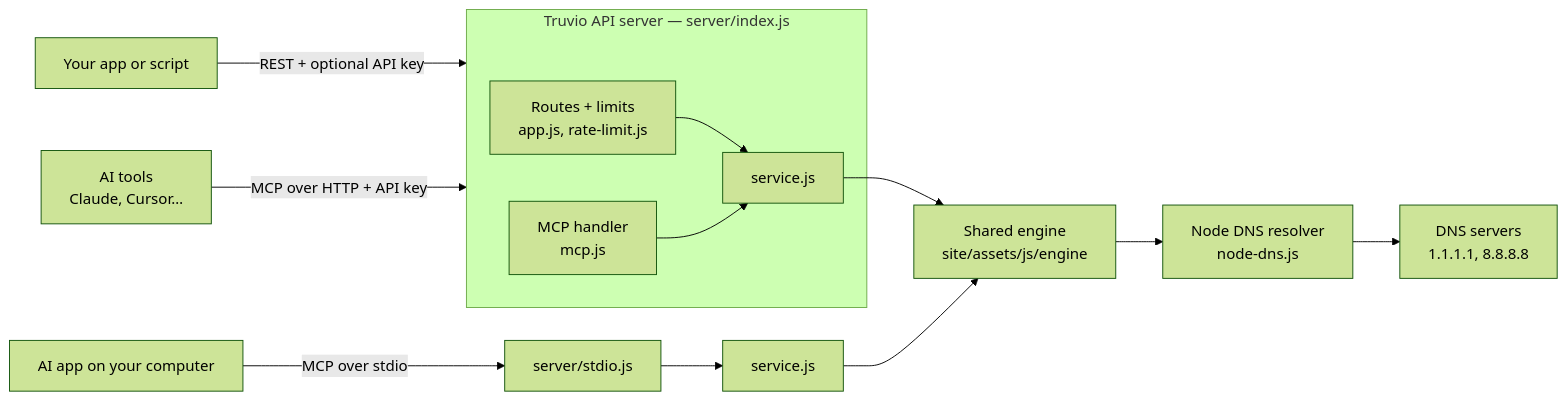
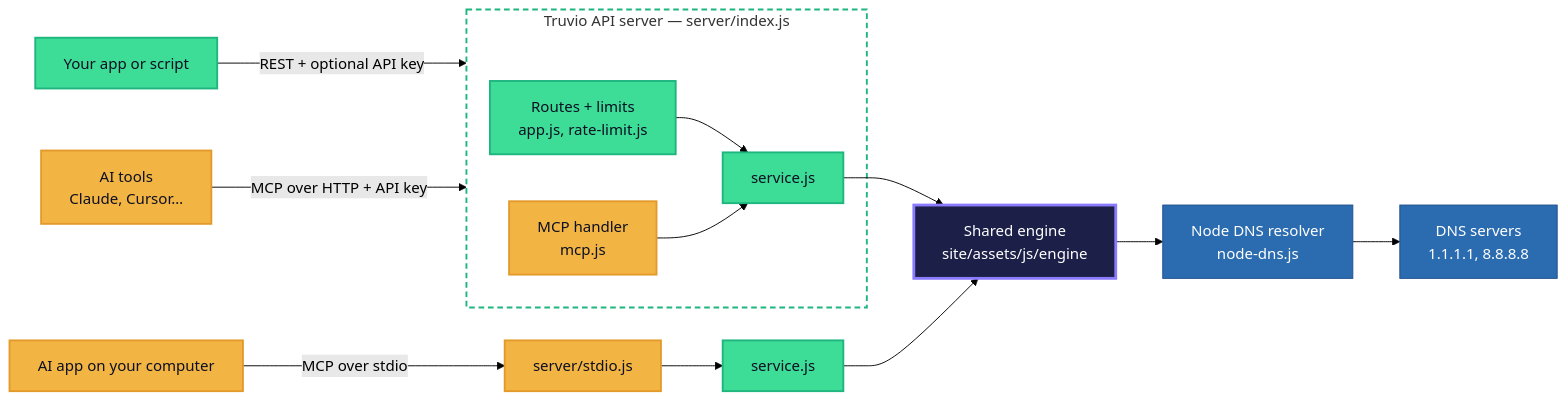
Before and after one commit to nexoradev-stack/Email-Chekkr: the sixth of 7 diagrams in ARCHITECTURE.md, drawn with Mermaid (forest theme). The commit also changed other lines of this file and 2 other files, not shown here.

First line of the commit message:
Colourful README and architecture diagrams

````diff
--- a/ARCHITECTURE.md
+++ b/ARCHITECTURE.md
@@ -120,15 +215,31 @@
 ```mermaid
 flowchart LR
   App[Your app or script] -->|REST + optional API key| S
   AI[AI tools<br/>Claude, Cursor…] -->|MCP over HTTP + API key| S
   Local[AI app on your computer] -->|MCP over stdio| L[server/stdio.js]
   subgraph S[Truvio API server — server/index.js]
     R[Routes + limits<br/>app.js, rate-limit.js] --> Svc[service.js]
     M[MCP handler<br/>mcp.js] --> Svc
   end
   L --> Svc2[service.js]
   Svc --> Eng[Shared engine<br/>site/assets/js/engine]
   Svc2 --> Eng
   Eng --> D[Node DNS resolver<br/>node-dns.js]
   D --> NS[DNS servers<br/>1.1.1.1, 8.8.8.8]
+  classDef web fill:#8b7cff,stroke:#5b4bdb,color:#ffffff,stroke-width:2px
+  classDef api fill:#3ddc97,stroke:#1fb57f,color:#0d0f22,stroke-width:2px
+  classDef mcp fill:#f2b544,stroke:#e39a2b,color:#0d0f22,stroke-width:2px
+  classDef engine fill:#1c2048,stroke:#8b7cff,color:#ffffff,stroke-width:3px
+  classDef dns fill:#2b6cb0,stroke:#1e4e8c,color:#ffffff
+  classDef ext fill:#e2e4f0,stroke:#9aa0c8,color:#1b1d3a
+  classDef valid fill:#1fb57f,stroke:#1fb57f,color:#ffffff
+  classDef risky fill:#e39a2b,stroke:#e39a2b,color:#ffffff
+  classDef invalid fill:#dc4a3d,stroke:#dc4a3d,color:#ffffff
+  classDef unknown fill:#6b7090,stroke:#6b7090,color:#ffffff
+  classDef step fill:#eef0f8,stroke:#8b7cff,color:#1b1d3a
+  class App,R,Svc,Svc2 api
+  class AI,Local,M,L mcp
+  class Eng engine
+  class D,NS dns
+  style S fill:transparent,stroke:#1fb57f,stroke-width:2px,stroke-dasharray:6 4
 ```
````
